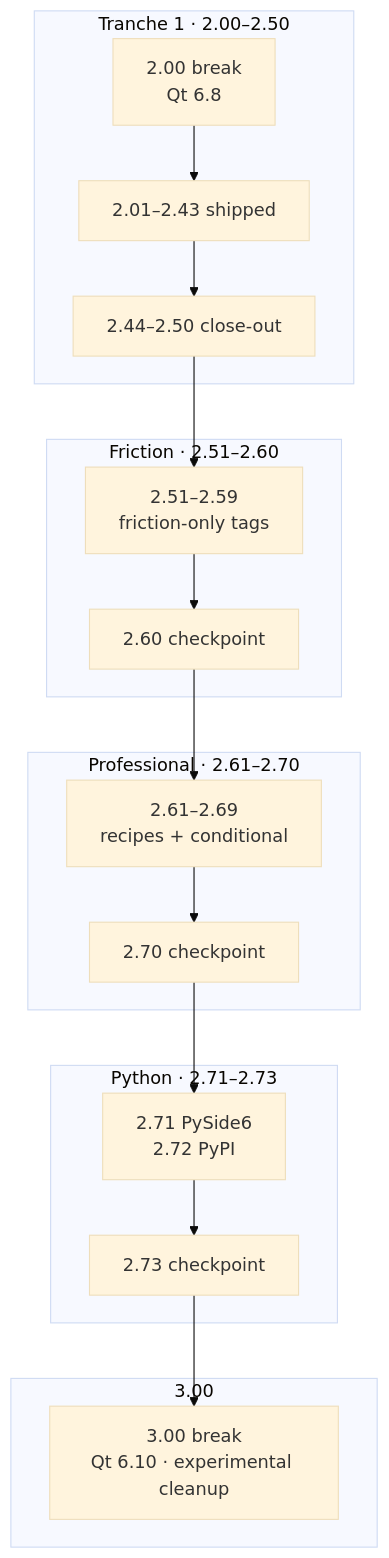
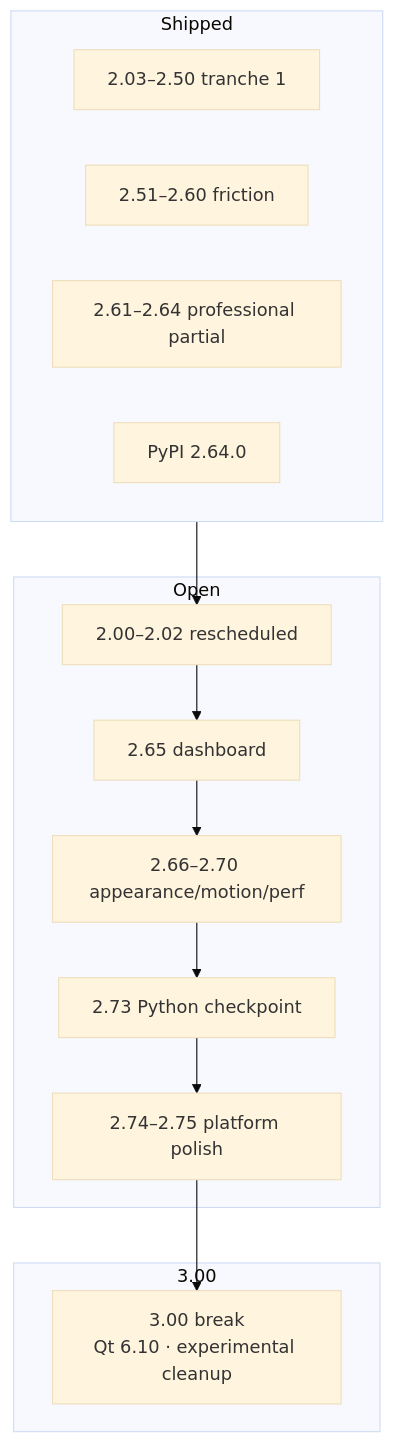
One commit to wuyijing-dev/QWinui3 changed the diagram in ROADMAP.md. Above: the diagram before and after it, drawn with Mermaid (base theme). The commit also changed other lines of this file and 54 other files, not shown here.

````diff
--- a/ROADMAP.md
+++ b/ROADMAP.md
@@ -886,24 +397,21 @@
 ```mermaid
 flowchart TB
-  subgraph t1["Tranche 1 · 2.00–2.50"]
-    A2["2.00 break\nQt 6.8"]
-    B2["2.01–2.43 shipped"]
-    C2["2.44–2.50 close-out"]
+  subgraph done["Shipped"]
+    T1["2.03–2.50 tranche 1"]
+    T2["2.51–2.60 friction"]
+    T3p["2.61–2.64 professional partial"]
+    PY0["PyPI 2.64.0"]
   end
-  subgraph t2["Friction · 2.51–2.60"]
-    F2["2.51–2.59\nfriction-only tags"]
-    CP260["2.60 checkpoint"]
-  end
-  subgraph t3["Professional · 2.61–2.70"]
-    P2["2.61–2.69\nrecipes + conditional"]
-    CP270["2.70 checkpoint"]
-  end
-  subgraph t4["Python · 2.71–2.73"]
-    PY["2.71 PySide6\n2.72 PyPI"]
-    CP273["2.73 checkpoint"]
+  subgraph open["Open"]
+    R["2.00–2.02 rescheduled"]
+    P65["2.65 dashboard"]
+    P66["2.66–2.70 appearance/motion/perf"]
+    PY["2.73 Python checkpoint"]
+    PL["2.74–2.75 platform polish"]
   end
   subgraph t5["3.00"]
     M3["3.00 break\nQt 6.10 · experimental cleanup"]
   end
-  A2 --> B2 --> C2 --> F2 --> CP260 --> P2 --> CP270 --> PY --> CP273 --> M3
+  done --> R
+  R --> P65 --> P66 --> PY --> PL --> M3
 ```
````
